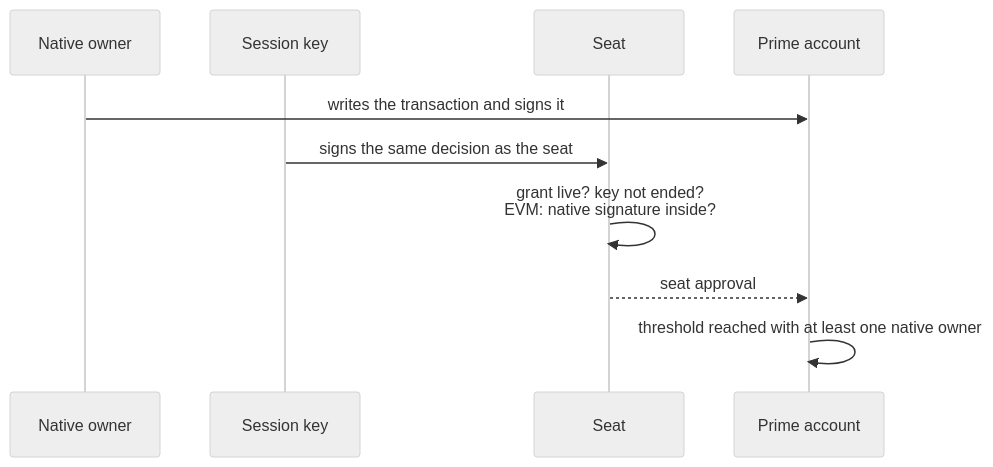
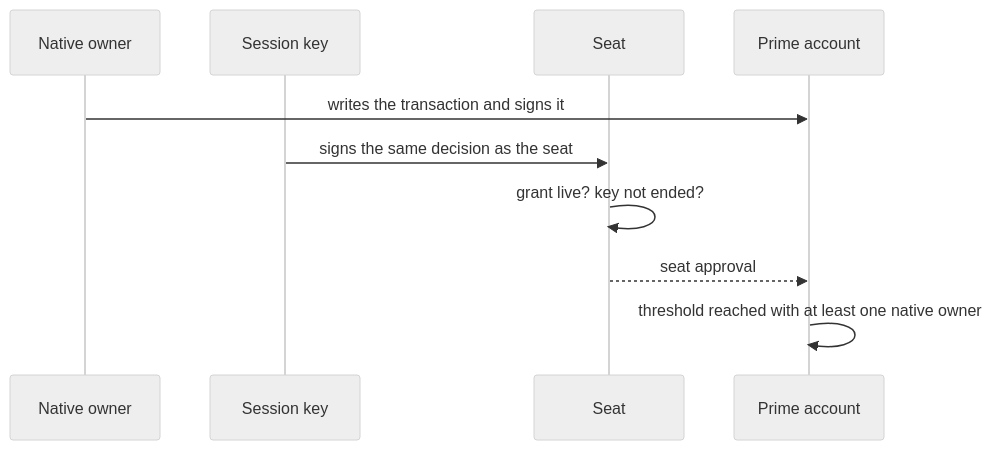
Before and after one commit to untangledfinance/oz-policy-builder: the sixth of 6 diagrams in docs/architecture.md, drawn with Mermaid (neutral theme). The commit also changed other lines of this file and 9 other files, not shown here.

````diff
--- a/docs/architecture.md
+++ b/docs/architecture.md
@@ -242,12 +242,12 @@
 ```mermaid
 sequenceDiagram
   participant N as Native owner
   participant K as Session key
   participant S as Seat
   participant P as Prime account
   N->>P: writes the transaction and signs it
   K->>S: signs the same decision as the seat
-  S->>S: grant live? key not ended?<br/>EVM: native signature inside?
+  S->>S: grant live? key not ended?
   S-->>P: seat approval
   P->>P: threshold reached with at least one native owner
 ```
````
